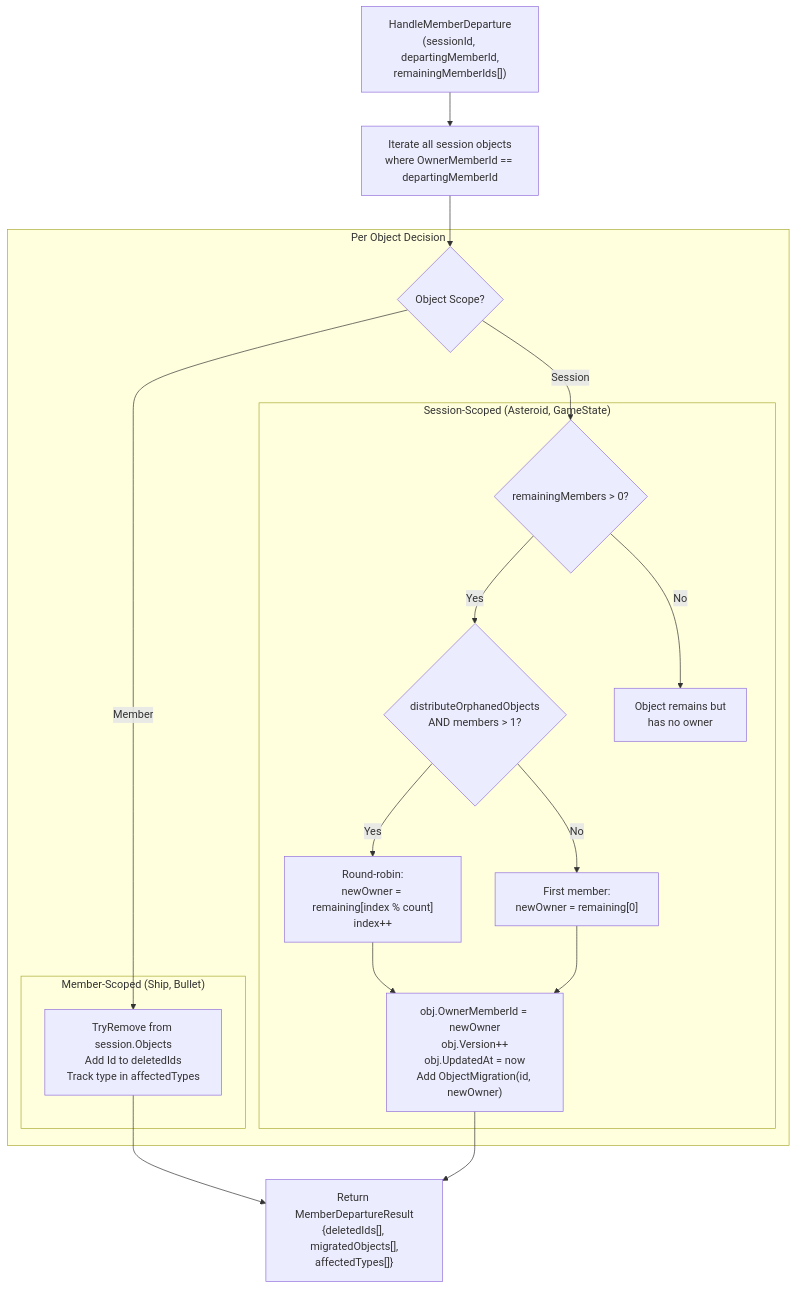
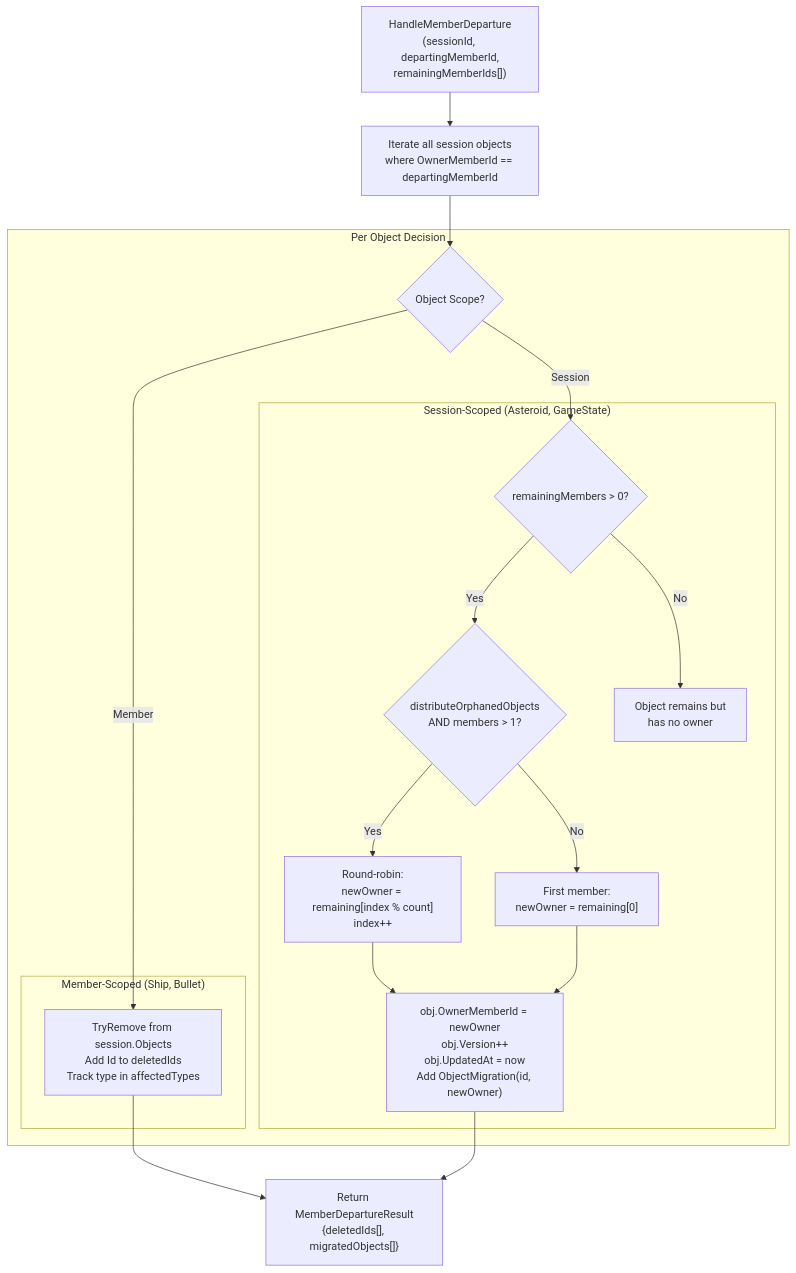
The eighth of 32 diagrams in ARCHITECTURE.md (badvoidstar/asteroids), drawn with Mermaid before and after one commit. The commit also changed other lines of this file, not shown here.

Commit message:
Update ARCHITECTURE.md to reflect recent codebase changes

````diff
--- a/ARCHITECTURE.md
+++ b/ARCHITECTURE.md
@@ -206,34 +206,34 @@
 ```mermaid
 flowchart TB
     HD["HandleMemberDeparture<br/>(sessionId, departingMemberId,<br/>remainingMemberIds[])"]
     ITER["Iterate all session objects<br/>where OwnerMemberId == departingMemberId"]
 
     subgraph "Per Object Decision"
         CHK{"Object Scope?"}
 
         subgraph "Member-Scoped (Ship, Bullet)"
             DEL["TryRemove from session.Objects<br/>Add Id to deletedIds<br/>Track type in affectedTypes"]
         end
 
         subgraph "Session-Scoped (Asteroid, GameState)"
             REM{"remainingMembers > 0?"}
             DIST{"distributeOrphanedObjects<br/>AND members > 1?"}
             RR["Round-robin:<br/>newOwner = remaining[index % count]<br/>index++"]
             FIRST["First member:<br/>newOwner = remaining[0]"]
             ASSIGN["obj.OwnerMemberId = newOwner<br/>obj.Version++<br/>obj.UpdatedAt = now<br/>Add ObjectMigration(id, newOwner)"]
             ORPHAN["Object remains but<br/>has no owner"]
         end
     end
 
-    RES["Return MemberDepartureResult<br/>{deletedIds[], migratedObjects[],<br/>affectedTypes[]}"]
+    RES["Return MemberDepartureResult<br/>{deletedIds[], migratedObjects[]}"]
 
     HD --> ITER --> CHK
     CHK -->|Member| DEL
     CHK -->|Session| REM
     REM -->|No| ORPHAN
     REM -->|Yes| DIST
     DIST -->|Yes| RR --> ASSIGN
     DIST -->|No| FIRST --> ASSIGN
     DEL --> RES
     ASSIGN --> RES
 ```
````
